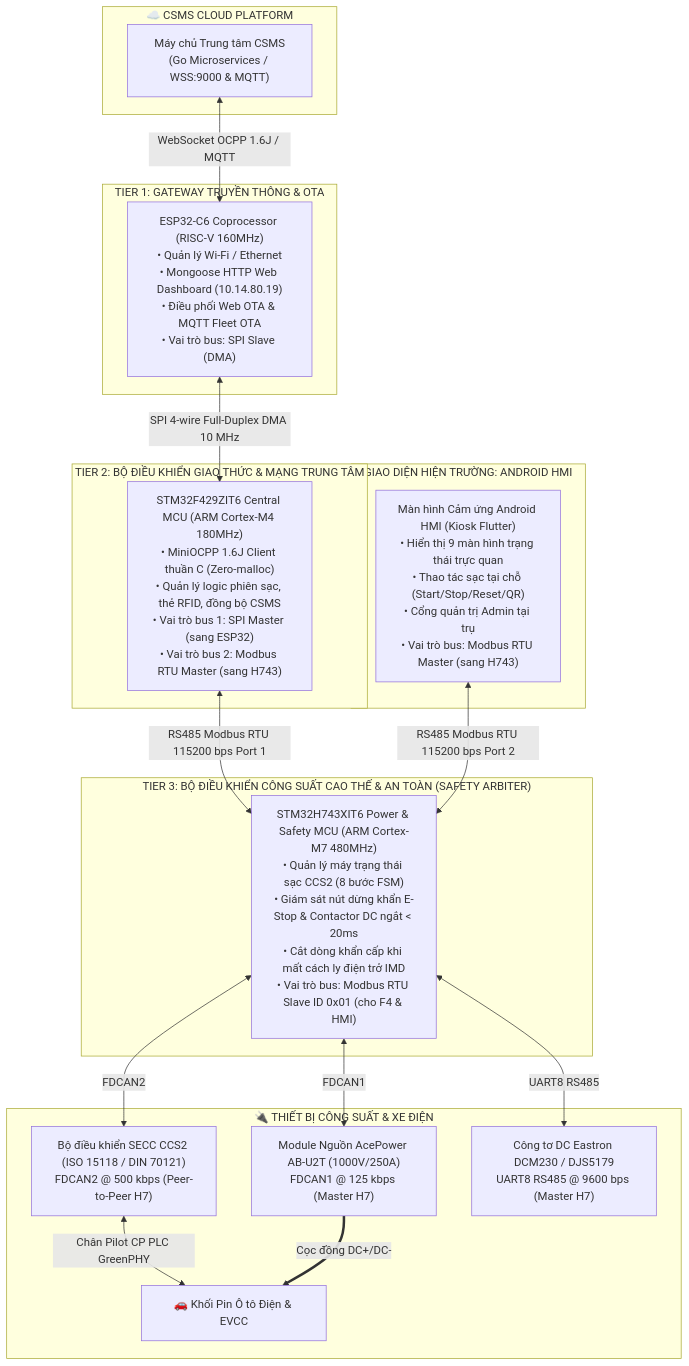
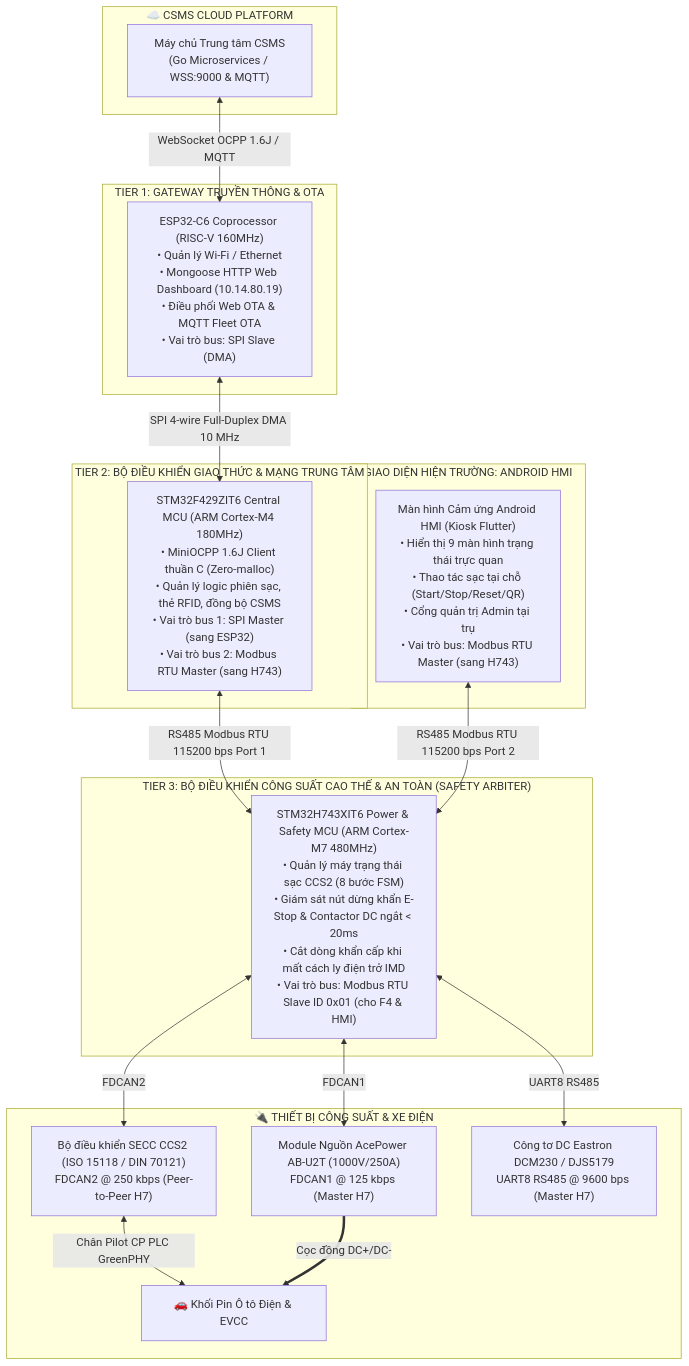
Before and after one commit to ngoctoan150699/Docs_evse: the first of 4 diagrams in 01_EMBEDDED_FIRMWARE/INTER_MCU_COMMUNICATION_AND_REGISTERS.md, drawn with Mermaid. The commit also changed 5 other files, not shown here.

````diff
--- a/01_EMBEDDED_FIRMWARE/INTER_MCU_COMMUNICATION_AND_REGISTERS.md
+++ b/01_EMBEDDED_FIRMWARE/INTER_MCU_COMMUNICATION_AND_REGISTERS.md
@@ -14,39 +14,39 @@
 ```mermaid
 flowchart TD
     subgraph CLOUD_LAYER ["☁️ CSMS CLOUD PLATFORM"]
         CSMS["Máy chủ Trung tâm CSMS<br/>(Go Microservices / WSS:9000 & MQTT)"]
     end
 
     subgraph TIER1 ["TIER 1: GATEWAY TRUYỀN THÔNG & OTA"]
         ESP["ESP32-C6 Coprocessor (RISC-V 160MHz)<br/>• Quản lý Wi-Fi / Ethernet<br/>• Mongoose HTTP Web Dashboard (10.14.80.19)<br/>• Điều phối Web OTA & MQTT Fleet OTA<br/>• Vai trò bus: SPI Slave (DMA)"]
     end
 
     subgraph TIER2 ["TIER 2: BỘ ĐIỀU KHIỂN GIAO THỨC & MẠNG TRUNG TÂM"]
         F4["STM32F429ZIT6 Central MCU (ARM Cortex-M4 180MHz)<br/>• MiniOCPP 1.6J Client thuần C (Zero-malloc)<br/>• Quản lý logic phiên sạc, thẻ RFID, đồng bộ CSMS<br/>• Vai trò bus 1: SPI Master (sang ESP32)<br/>• Vai trò bus 2: Modbus RTU Master (sang H743)"]
     end
 
     subgraph HMI_LAYER ["GIAO DIỆN HIỆN TRƯỜNG: ANDROID HMI"]
         HMI["Màn hình Cảm ứng Android HMI (Kiosk Flutter)<br/>• Hiển thị 9 màn hình trạng thái trực quan<br/>• Thao tác sạc tại chỗ (Start/Stop/Reset/QR)<br/>• Cổng quản trị Admin tại trụ<br/>• Vai trò bus: Modbus RTU Master (sang H743)"]
     end
 
     subgraph TIER3 ["TIER 3: BỘ ĐIỀU KHIỂN CÔNG SUẤT CAO THẾ & AN TOÀN (SAFETY ARBITER)"]
         H7["STM32H743XIT6 Power & Safety MCU (ARM Cortex-M7 480MHz)<br/>• Quản lý máy trạng thái sạc CCS2 (8 bước FSM)<br/>• Giám sát nút dừng khẩn E-Stop & Contactor DC ngắt < 20ms<br/>• Cắt dòng khẩn cấp khi mất cách ly điện trở IMD<br/>• Vai trò bus: Modbus RTU Slave ID 0x01 (cho F4 & HMI)"]
     end
 
     subgraph POWER_ACTUATORS ["🔌 THIẾT BỊ CÔNG SUẤT & XE ĐIỆN"]
         ACE["Module Nguồn AcePower AB-U2T (1000V/250A)<br/>FDCAN1 @ 125 kbps (Master H7)"]
-        SECC["Bộ điều khiển SECC CCS2 (ISO 15118 / DIN 70121)<br/>FDCAN2 @ 500 kbps (Peer-to-Peer H7)"]
+        SECC["Bộ điều khiển SECC CCS2 (ISO 15118 / DIN 70121)<br/>FDCAN2 @ 250 kbps (Peer-to-Peer H7)"]
         METER["Công tơ DC Eastron DCM230 / DJS5179<br/>UART8 RS485 @ 9600 bps (Master H7)"]
         CAR["🚗 Khối Pin Ô tô Điện & EVCC"]
     end
 
     CSMS <-->|WebSocket OCPP 1.6J / MQTT| ESP
     ESP <-->|SPI 4-wire Full-Duplex DMA 10 MHz| F4
     F4 <-->|RS485 Modbus RTU 115200 bps Port 1| H7
     HMI <-->|RS485 Modbus RTU 115200 bps Port 2| H7
     H7 <-->|FDCAN1| ACE
     H7 <-->|FDCAN2| SECC
     H7 <-->|UART8 RS485| METER
     SECC <-->|Chân Pilot CP PLC GreenPHY| CAR
     ACE ==>|Cọc đồng DC+/DC-| CAR
 ```
````
